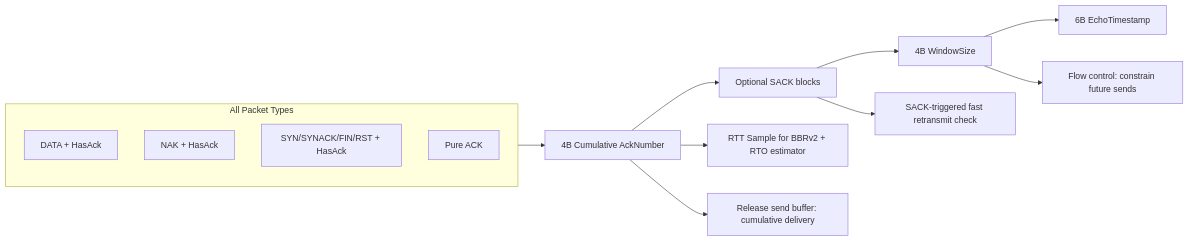
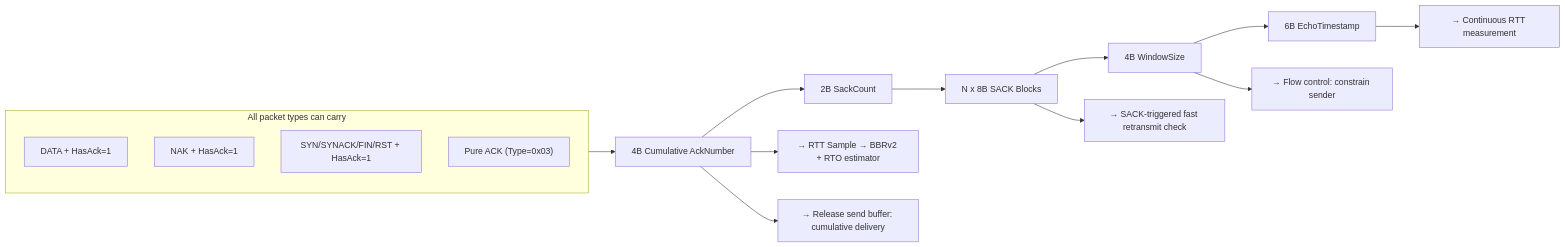
One commit to liulilittle/ucp changed the second of 9 diagrams in docs/protocol.md. Above: the diagram before and after it, drawn with Mermaid. The commit also changed other lines of this file and 43 other files, not shown here.

````diff
--- a/docs/protocol.md
+++ b/docs/protocol.md
@@ -86,19 +85,21 @@
 ```mermaid
 flowchart LR
-    subgraph All[All Packet Types]
-        Data[DATA + HasAck]
-        NAK[NAK + HasAck]
-        Control[SYN/SYNACK/FIN/RST + HasAck]
-        Pure[Pure ACK]
+    subgraph All["All packet types can carry"]
+        Data["DATA + HasAck=1"]
+        NAK["NAK + HasAck=1"]
+        Control["SYN/SYNACK/FIN/RST + HasAck=1"]
+        Pure["Pure ACK (Type=0x03)"]
     end
-
-    All --> AckField[4B Cumulative AckNumber]
-    AckField --> SACK[Optional SACK blocks]
-    SACK --> Window[4B WindowSize]
-    Window --> Echo[6B EchoTimestamp]
-
-    AckField --> RTT[RTT Sample for BBRv2 + RTO estimator]
-    AckField --> Progress[Release send buffer: cumulative delivery]
-    SACK --> Recovery[SACK-triggered fast retransmit check]
-    Window --> Flow[Flow control: constrain future sends]
+    
+    All --> AckField["4B Cumulative AckNumber"]
+    AckField --> SackCount["2B SackCount"]
+    SackCount --> SACK["N x 8B SACK Blocks"]
+    SACK --> Window["4B WindowSize"]
+    Window --> Echo["6B EchoTimestamp"]
+    
+    AckField --> RTT["→ RTT Sample → BBRv2 + RTO estimator"]
+    AckField --> Progress["→ Release send buffer: cumulative delivery"]
+    SACK --> Recovery["→ SACK-triggered fast retransmit check"]
+    Window --> Flow["→ Flow control: constrain sender"]
+    Echo --> RTTMeas["→ Continuous RTT measurement"]
 ```
````
